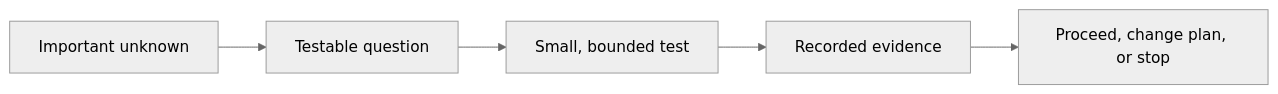
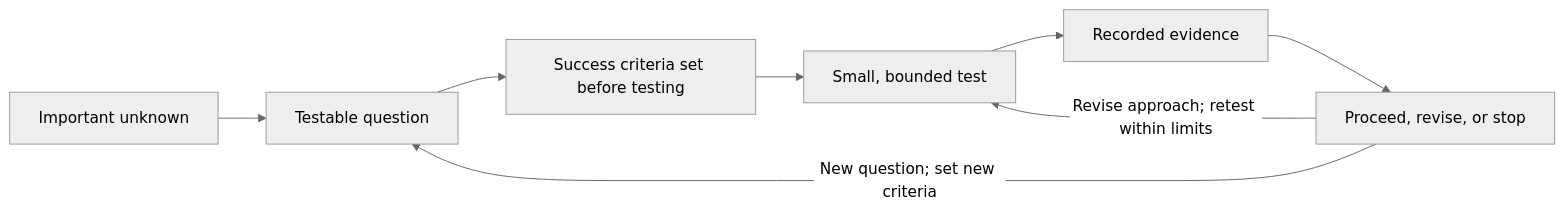
One commit to David-A18/MY-humble-knowledge-for-everyone changed the diagram in knowledge/solutions-architect/proof-of-concept.md. Above: the diagram before and after it, drawn with Mermaid (neutral theme). The commit also changed other lines of this file and 4 other files, not shown here.

````diff
--- a/knowledge/solutions-architect/proof-of-concept.md
+++ b/knowledge/solutions-architect/proof-of-concept.md
@@ -39,7 +40,10 @@
 ```mermaid
 flowchart LR
   unknown["Important unknown"] --> question["Testable question"]
-  question --> test["Small, bounded test"]
+  question --> criteria["Success criteria set before testing"]
+  criteria --> test["Small, bounded test"]
   test --> evidence["Recorded evidence"]
-  evidence --> decision["Proceed, change plan, or stop"]
+  evidence --> decision["Proceed, revise, or stop"]
+  decision -- "Revise approach; retest within limits" --> test
+  decision -- "New question; set new criteria" --> question
 ```
````
